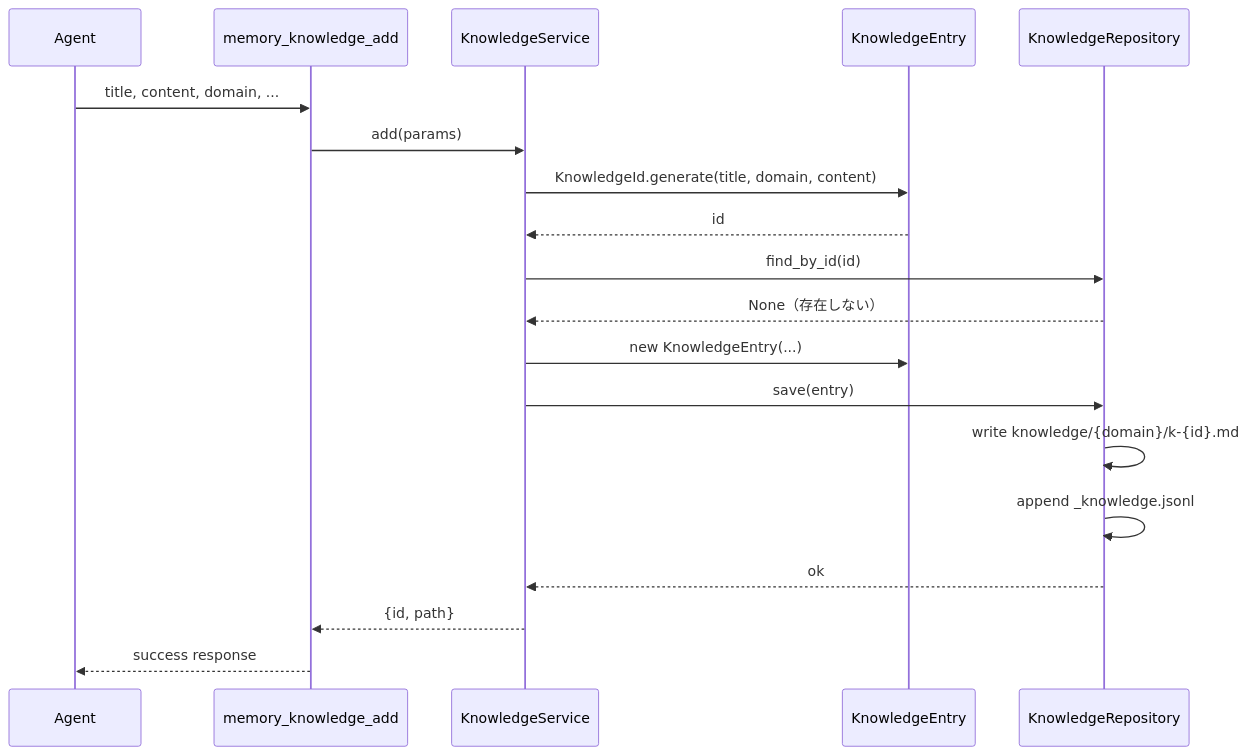
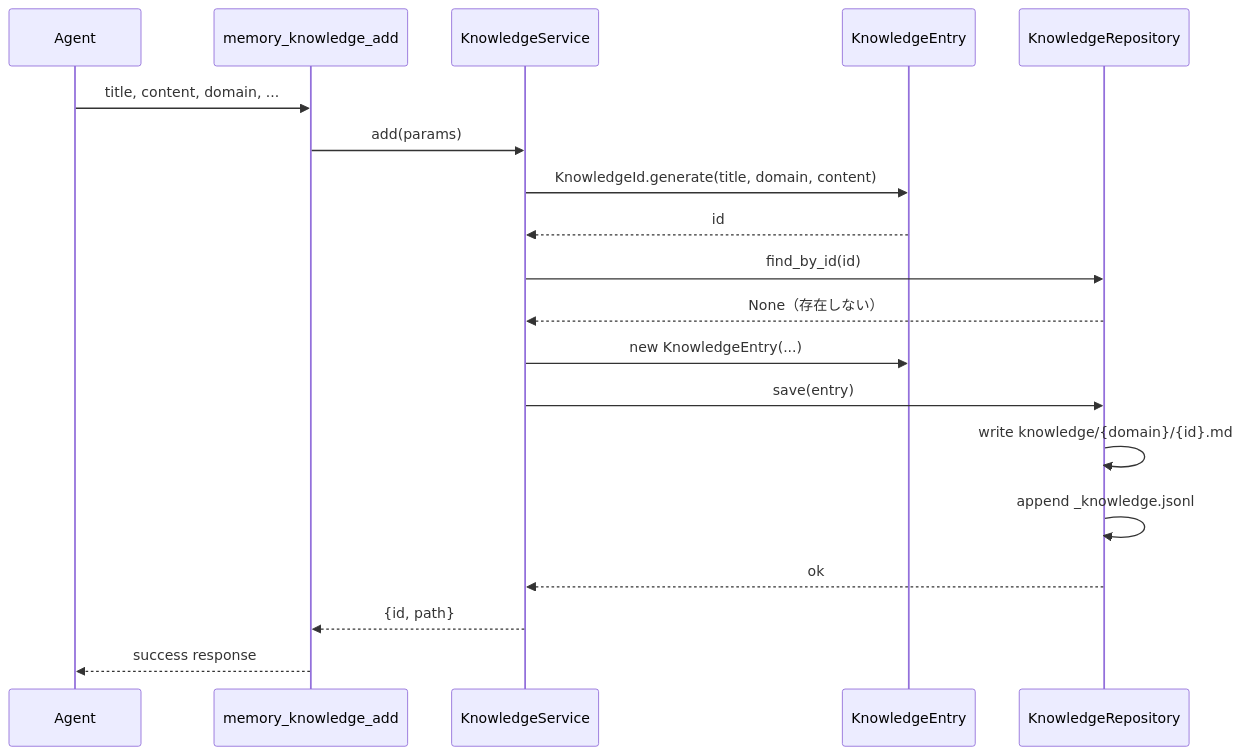
The third of 6 diagrams in docs/design/ARCHITECTURE-knowledge-values.md (RK0429/agentic-memory), drawn with Mermaid before and after one commit. The commit also changed other lines of this file and 2 other files, not shown here.

First line of the commit message:
docs: refine Knowledge/Values design docs for cross-document consistency

````diff
--- a/docs/design/ARCHITECTURE-knowledge-values.md
+++ b/docs/design/ARCHITECTURE-knowledge-values.md
@@ -203,22 +203,22 @@
 ```mermaid
 sequenceDiagram
     participant A as Agent
     participant T as memory_knowledge_add
     participant KS as KnowledgeService
     participant KE as KnowledgeEntry
     participant KR as KnowledgeRepository
 
     A->>T: title, content, domain, ...
     T->>KS: add(params)
     KS->>KE: KnowledgeId.generate(title, domain, content)
     KE-->>KS: id
     KS->>KR: find_by_id(id)
     KR-->>KS: None（存在しない）
     KS->>KE: new KnowledgeEntry(...)
     KS->>KR: save(entry)
-    KR->>KR: write knowledge/{domain}/k-{id}.md
+    KR->>KR: write knowledge/{domain}/{id}.md
     KR->>KR: append _knowledge.jsonl
     KR-->>KS: ok
     KS-->>T: {id, path}
     T-->>A: success response
 ```
````
